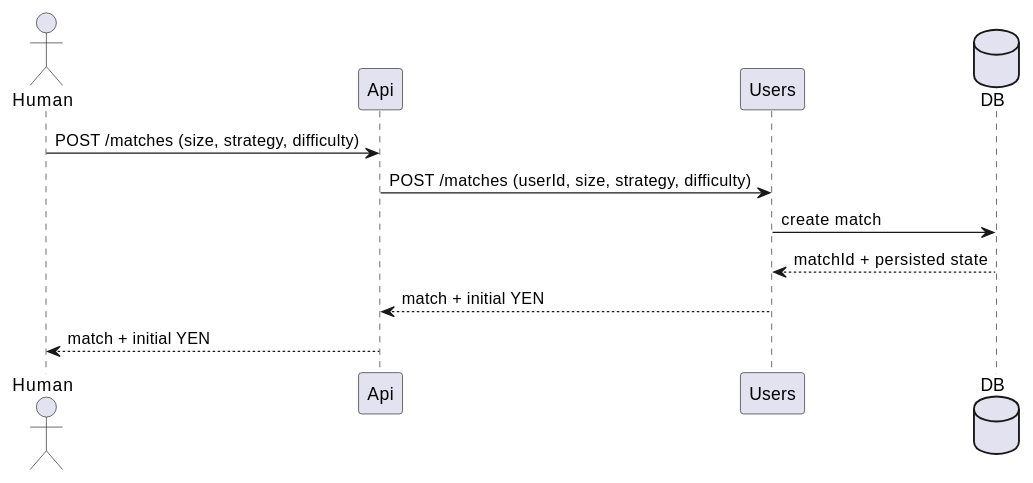
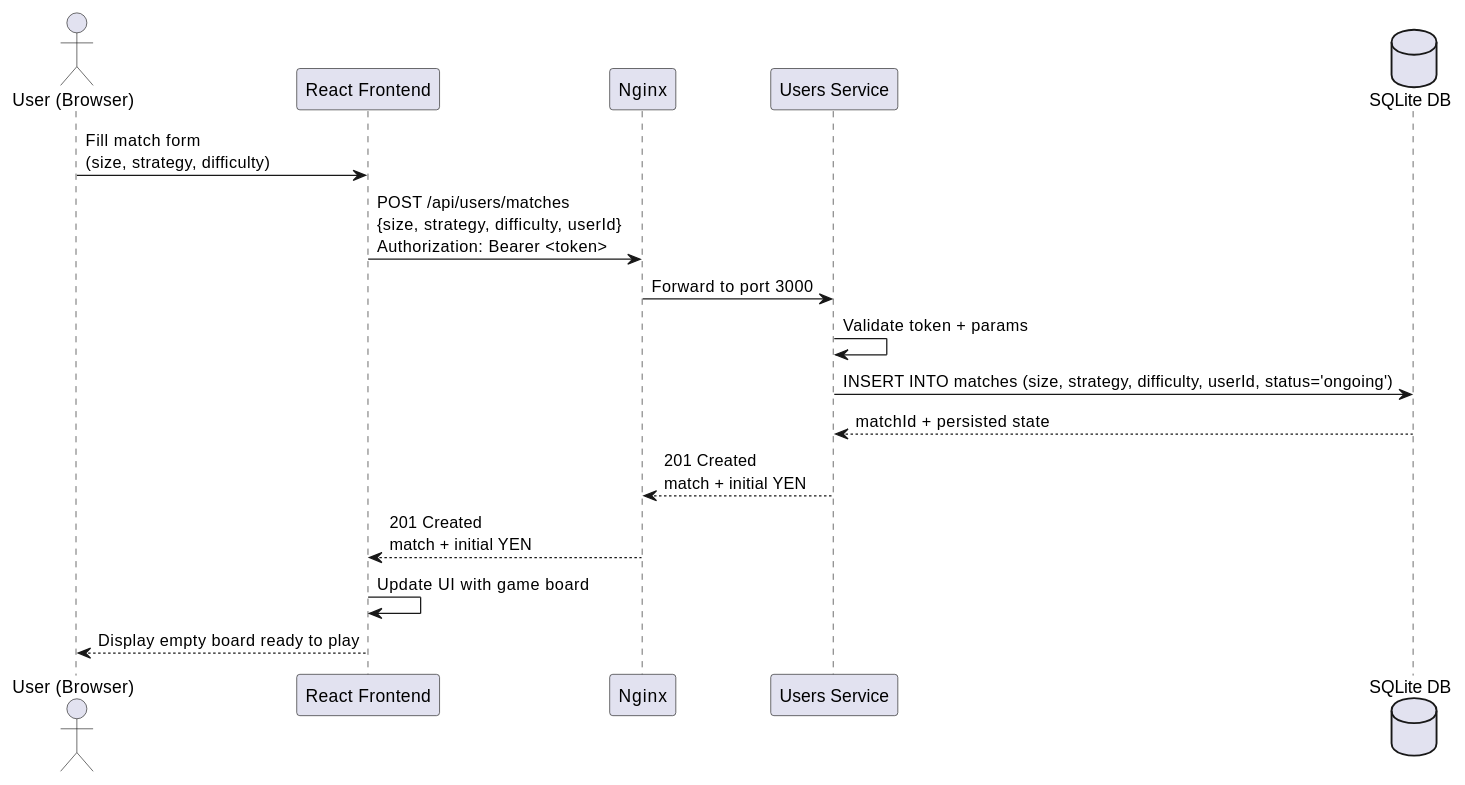
One commit to Arquisoft/yovi_es1c changed the third of 6 diagrams in docs/src/06_runtime_view.adoc. Above: the diagram before and after it, drawn with PlantUML. The commit also changed other lines of this file and 9 other files, not shown here.

```diff
--- a/docs/src/06_runtime_view.adoc
+++ b/docs/src/06_runtime_view.adoc
@@ -59,14 +80,19 @@
 [plantuml, "runtime-create-match", png]
 ----
-actor Human
-participant Api
-participant Users
-database DB
+actor "User (Browser)" as Human
+participant "React Frontend" as Frontend
+participant "Nginx" as Nginx
+participant "Users Service" as Users
+database "SQLite DB" as DB
 
-Human -> Api: POST /matches (size, strategy, difficulty)
-Api -> Users: POST /matches (userId, size, strategy, difficulty)
-Users -> DB: create match
+Human -> Frontend: Fill match form\n(size, strategy, difficulty)
+Frontend -> Nginx: POST /api/users/matches\n{size, strategy, difficulty, userId}\nAuthorization: Bearer <token>
+Nginx -> Users: Forward to port 3000
+Users -> Users: Validate token + params
+Users -> DB: INSERT INTO matches (size, strategy, difficulty, userId, status='ongoing')
 DB --> Users: matchId + persisted state
-Users --> Api: match + initial YEN
-Api --> Human: match + initial YEN
+Users --> Nginx: 201 Created\nmatch + initial YEN
+Nginx --> Frontend: 201 Created\nmatch + initial YEN
+Frontend -> Frontend: Update UI with game board
+Frontend --> Human: Display empty board ready to play
 ----
```
